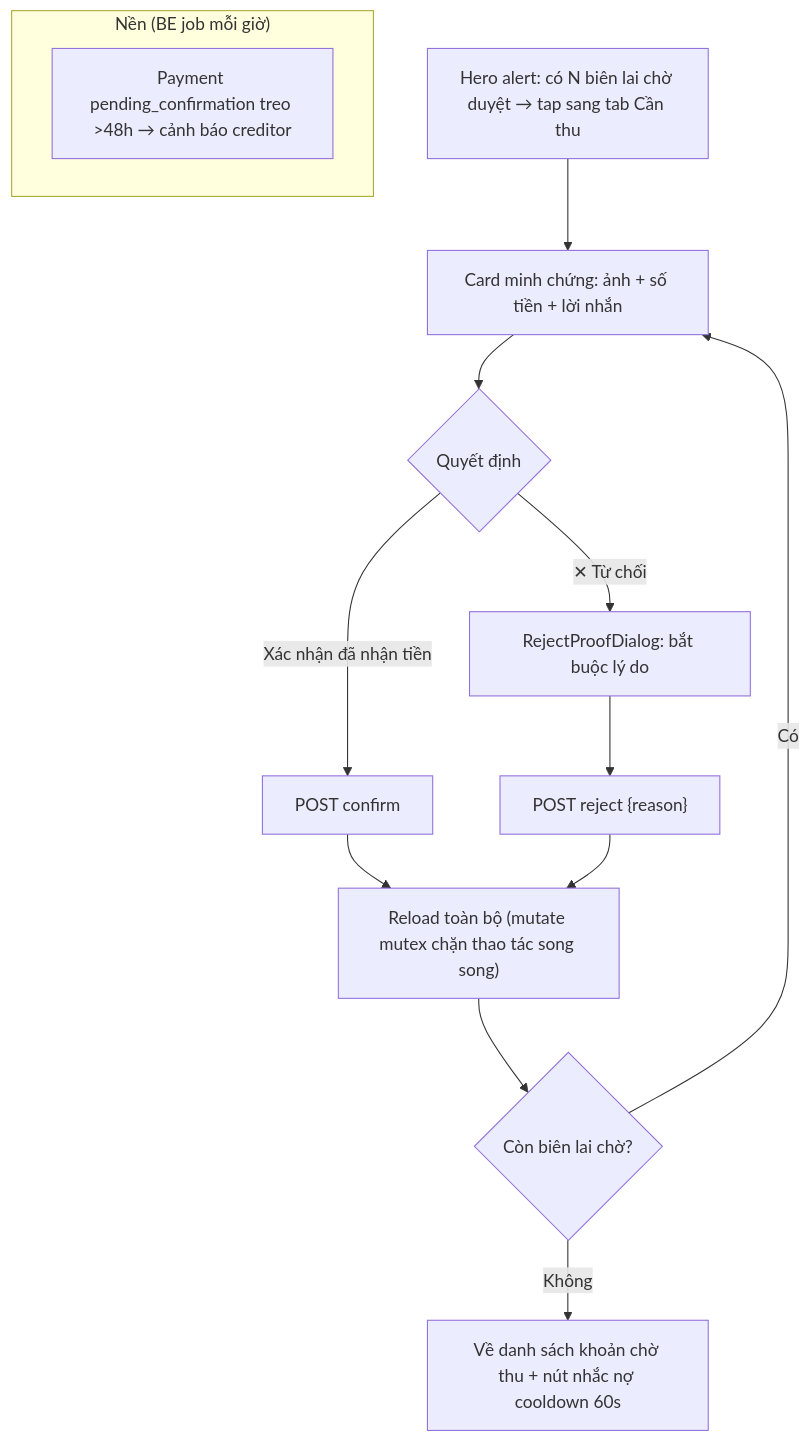
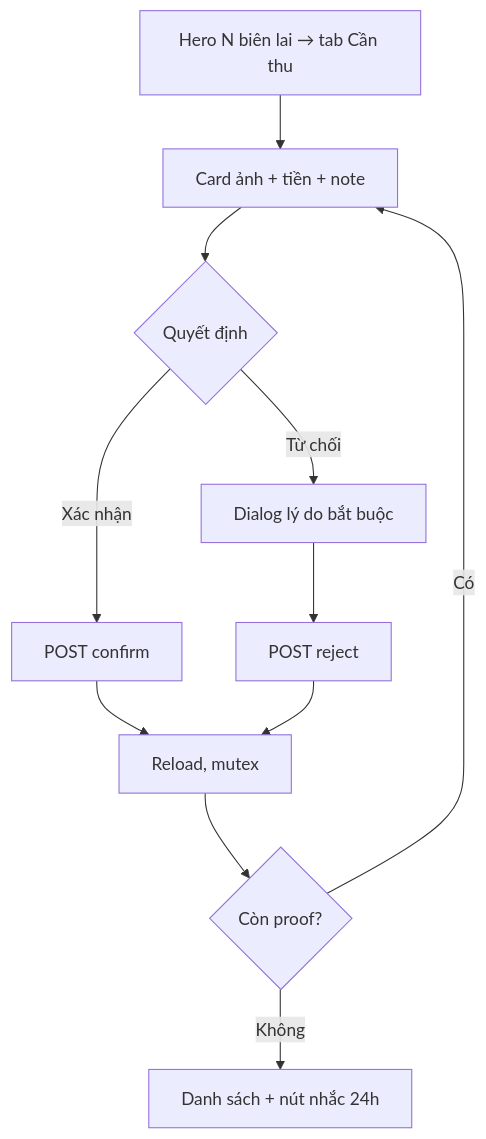
The seventh of 8 diagrams in flow/04-settlement.md (FintechVSF-Tranning/PaySplit-RP), drawn with Mermaid before and after one commit. The commit also changed other lines of this file and 8 other files, not shown here.

````diff
--- a/flow/04-settlement.md
+++ b/flow/04-settlement.md
@@ -251,17 +266,12 @@
 ```mermaid
 flowchart TD
-    A["Hero alert: có N biên lai chờ duyệt → tap sang tab Cần thu"] --> B["Card minh chứng: ảnh + số tiền + lời nhắn"]
+    A["Hero N biên lai → tab Cần thu"] --> B["Card ảnh + tiền + note"]
     B --> C{"Quyết định"}
-    C -->|"Xác nhận đã nhận tiền"| D["POST confirm"]
-    C -->|"✕ Từ chối"| E["RejectProofDialog: bắt buộc lý do"]
-    E --> F["POST reject {reason}"]
-    D --> G["Reload toàn bộ (mutate mutex chặn thao tác song song)"]
+    C -->|"Xác nhận"| D["POST confirm"]
+    C -->|"Từ chối"| E["Dialog lý do bắt buộc"] --> F["POST reject"]
+    D --> G["Reload, mutex"]
     F --> G
-    G --> H{"Còn biên lai chờ?"}
+    G --> H{"Còn proof?"}
     H -->|"Có"| B
-    H -->|"Không"| I["Về danh sách khoản chờ thu + nút nhắc nợ cooldown 60s"]
-
-    subgraph SongSong["Nền (BE job mỗi giờ)"]
-        J1["Payment pending_confirmation treo >48h → cảnh báo creditor"]
-    end
+    H -->|"Không"| I["Danh sách + nút nhắc 24h"]
 ```
````
